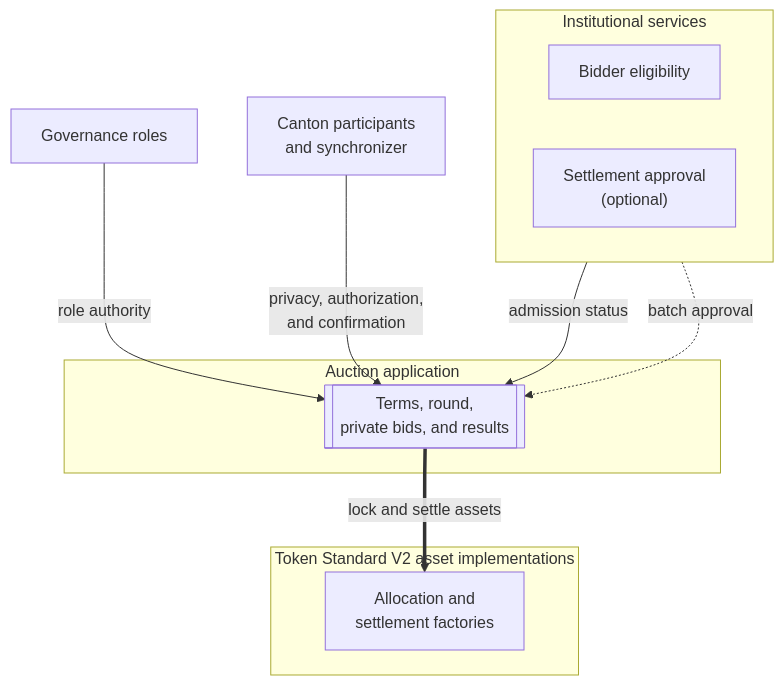
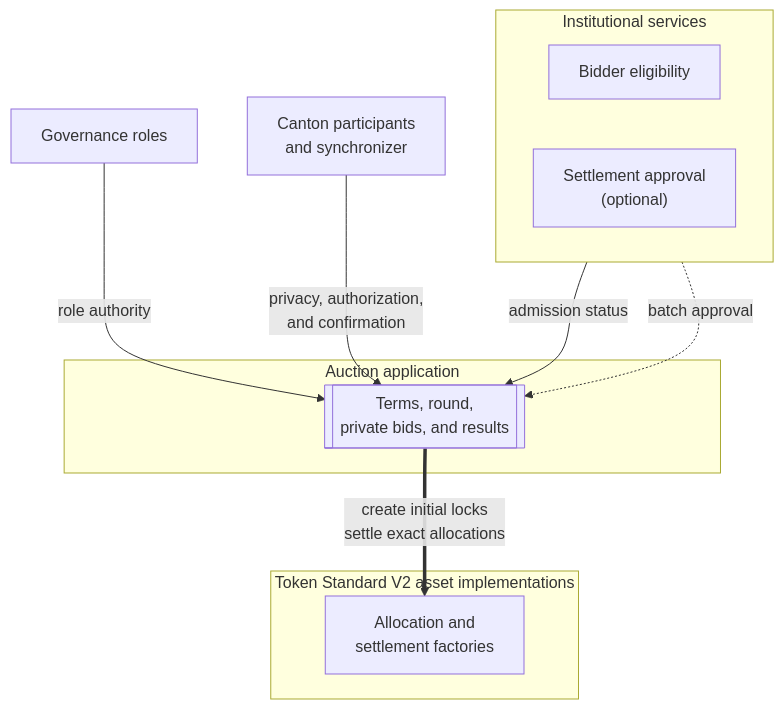
Before and after one commit to OpenZeppelin/canton-specs: the second of 3 diagrams in docs/reference-architectures/confidential-auction.md, drawn with Mermaid. The commit also changed other lines of this file, not shown here.

````diff
--- a/docs/reference-architectures/confidential-auction.md
+++ b/docs/reference-architectures/confidential-auction.md
@@ -151,25 +155,25 @@
 ```mermaid
 flowchart TB
     subgraph Services["Institutional services"]
         direction LR
         Eligibility["Bidder eligibility"]
         Approval["Settlement approval<br/>(optional)"]
     end
 
     subgraph App["Auction application"]
         Auction[["Terms, round,<br/>private bids, and results"]]
     end
 
     subgraph Assets["Token Standard V2 asset implementations"]
         Registries["Allocation and<br/>settlement factories"]
     end
 
     Governance["Governance roles"]
     Canton["Canton participants<br/>and synchronizer"]
 
     Eligibility -->|"admission status"| Auction
     Approval -.->|"batch approval"| Auction
     Governance -->|"role authority"| Auction
     Canton -->|"privacy, authorization,<br/>and confirmation"| Auction
-    Auction ==>|"lock and settle assets"| Registries
+    Auction ==>|"create initial locks<br/>settle exact allocations"| Registries
 ```
````
